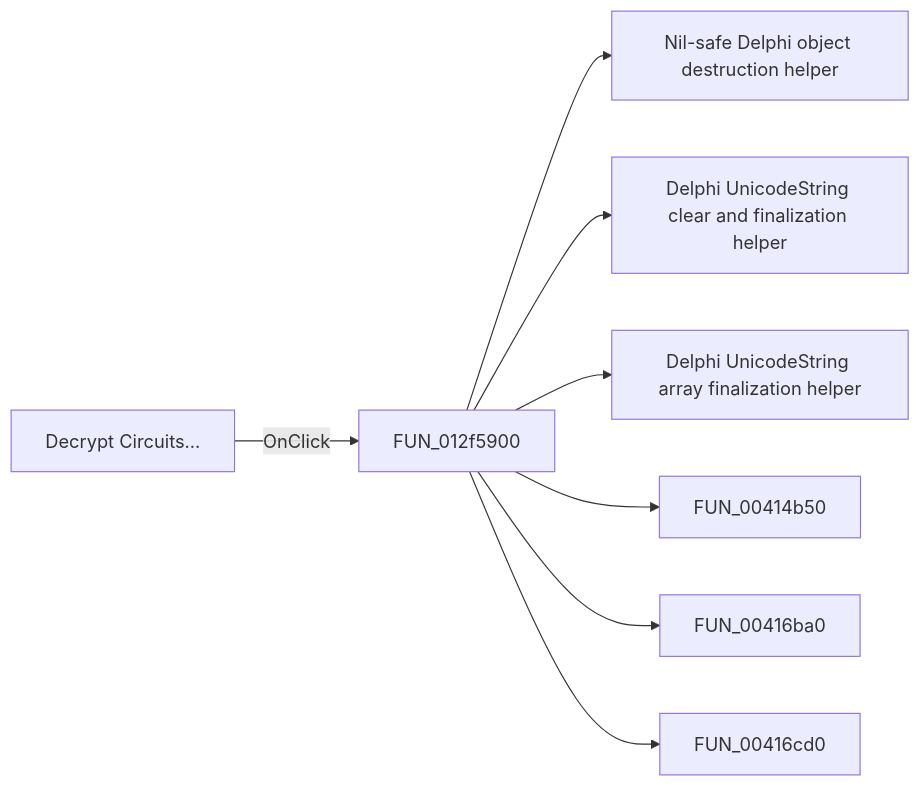
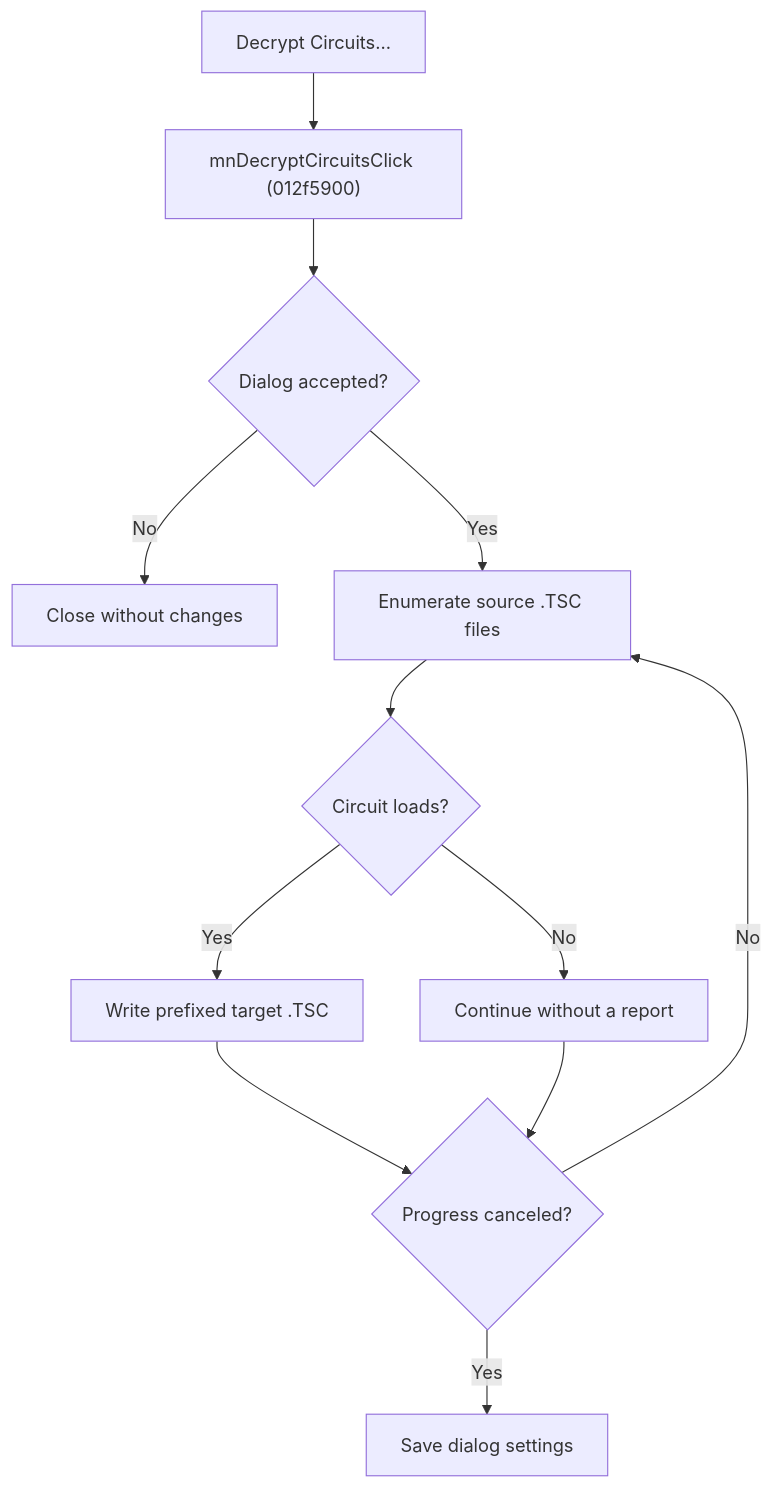
Before and after one commit to MovGP0/TIARA: the diagram in docs/ui-controls/frmmodeltestbencheditor/mndecryptcircuits-8dc8671e99.md, drawn with Mermaid. The commit also changed other lines of this file and 387 other files, not shown here.

````diff
--- a/docs/ui-controls/frmmodeltestbencheditor/mndecryptcircuits-8dc8671e99.md
+++ b/docs/ui-controls/frmmodeltestbencheditor/mndecryptcircuits-8dc8671e99.md
@@ -27,10 +29,14 @@
 ```mermaid
-flowchart LR
-    control["Decrypt Circuits..."] -->|OnClick| handler["FUN_012f5900"]
-    handler --> call1["Nil-safe Delphi object destruction helper"]
-    handler --> call2["Delphi UnicodeString clear and finalization helper"]
-    handler --> call3["Delphi UnicodeString array finalization helper"]
-    handler --> call4["FUN_00414b50"]
-    handler --> call5["FUN_00416ba0"]
-    handler --> call6["FUN_00416cd0"]
+flowchart TD
+    control["Decrypt Circuits..."] --> handler["mnDecryptCircuitsClick (012f5900)"]
+    handler --> accepted{"Dialog accepted?"}
+    accepted -->|No| stop["Close without changes"]
+    accepted -->|Yes| files["Enumerate source .TSC files"]
+    files --> load{"Circuit loads?"}
+    load -->|Yes| write["Write prefixed target .TSC"]
+    load -->|No| next["Continue without a report"]
+    write --> cancel{"Progress canceled?"}
+    cancel -->|No| files
+    cancel -->|Yes| settings["Save dialog settings"]
+    next --> cancel
 ```
````
